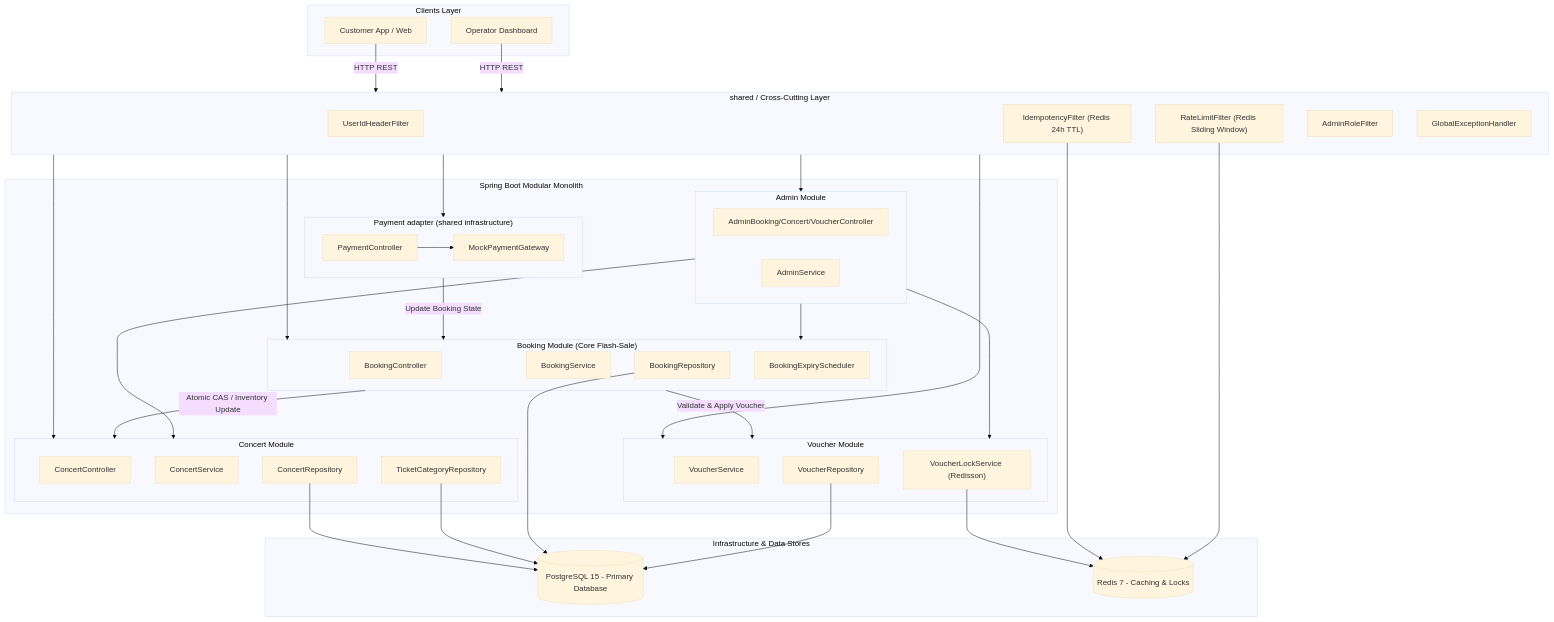
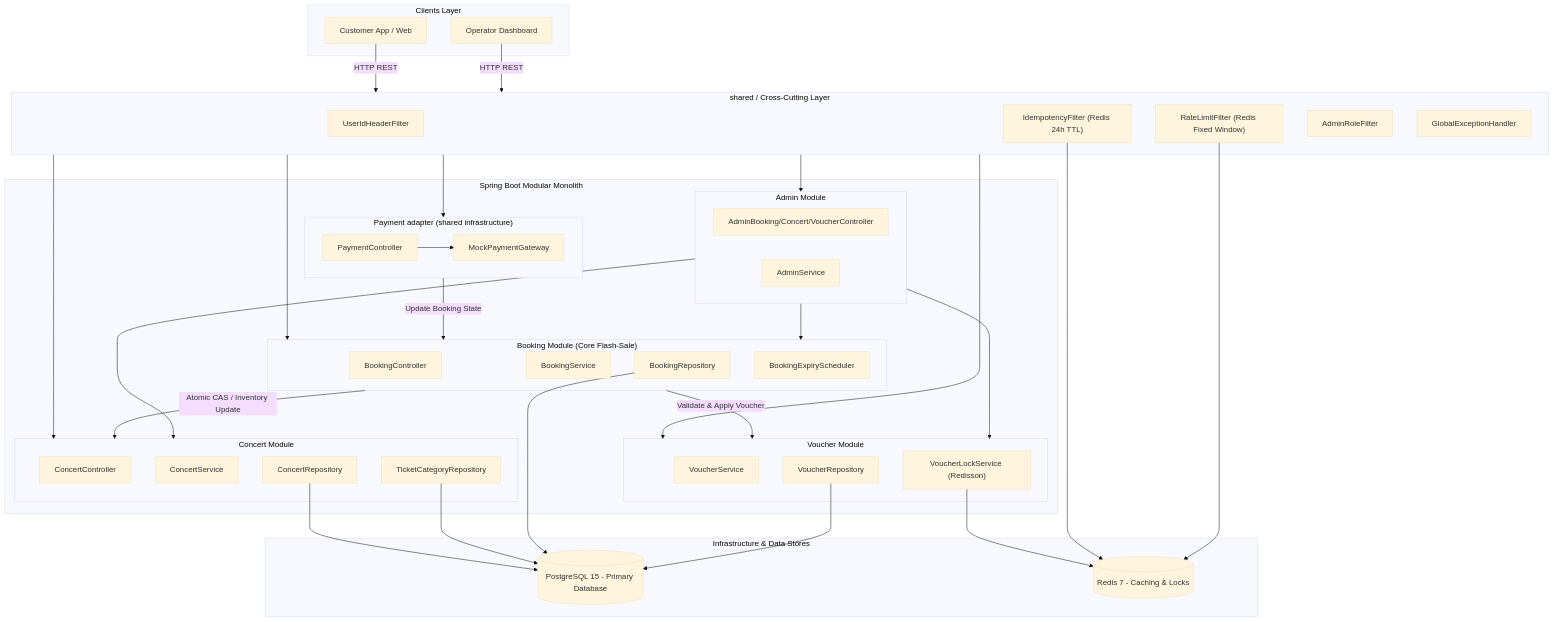
The first of 3 diagrams in docs/SYSTEM-DESIGN.md (tcminh1405/geekup-event-ticket-booking), drawn with Mermaid (base theme) before and after one commit. The commit also changed other lines of this file and 22 other files, not shown here.

````diff
--- a/docs/SYSTEM-DESIGN.md
+++ b/docs/SYSTEM-DESIGN.md
@@ -60,70 +60,70 @@
 ```mermaid
 flowchart TD
     subgraph Clients ["Clients Layer"]
         C["Customer App / Web"]
         O["Operator Dashboard"]
     end
 
     subgraph CrossCutting ["shared / Cross-Cutting Layer"]
         UH["UserIdHeaderFilter"]
-        RL["RateLimitFilter (Redis Sliding Window)"]
+        RL["RateLimitFilter (Redis Fixed Window)"]
         IF["IdempotencyFilter (Redis 24h TTL)"]
         AR["AdminRoleFilter"]
         GEH["GlobalExceptionHandler"]
     end
 
     subgraph ModularMonolith ["Spring Boot Modular Monolith"]
         subgraph ConcertModule ["Concert Module"]
             CC["ConcertController"]
             CS["ConcertService"]
             CR["ConcertRepository"]
             TCR["TicketCategoryRepository"]
         end
 
         subgraph BookingModule ["Booking Module (Core Flash-Sale)"]
             BC["BookingController"]
             BS["BookingService"]
             BR["BookingRepository"]
             EX["BookingExpiryScheduler"]
         end
 
         subgraph VoucherModule ["Voucher Module"]
             VS["VoucherService"]
             VL["VoucherLockService (Redisson)"]
             VR["VoucherRepository"]
         end
 
         subgraph PaymentInfrastructure ["Payment adapter (shared infrastructure)"]
             PC["PaymentController"]
             PG["MockPaymentGateway"]
         end
 
         subgraph AdminModule ["Admin Module"]
             AC["AdminBooking/Concert/VoucherController"]
             AS["AdminService"]
         end
     end
 
     subgraph DataStores ["Infrastructure & Data Stores"]
         DB[(PostgreSQL 15 - Primary Database)]
         RD[(Redis 7 - Caching & Locks)]
     end
 
     C -->|"HTTP REST"| CrossCutting
     O -->|"HTTP REST"| CrossCutting
 
     CrossCutting --> ConcertModule
     CrossCutting --> BookingModule
     CrossCutting --> VoucherModule
     CrossCutting --> PaymentInfrastructure
     CrossCutting --> AdminModule
 
     BookingModule -->|"Atomic CAS / Inventory Update"| ConcertModule
     BookingModule -->|"Validate & Apply Voucher"| VoucherModule
     PaymentInfrastructure -->|"Update Booking State"| BookingModule
     AdminModule --> ConcertModule & BookingModule & VoucherModule
 
     CR & TCR & BR & VR --> DB
     VL & IF & RL --> RD
     PC --> PG
 ```
````
